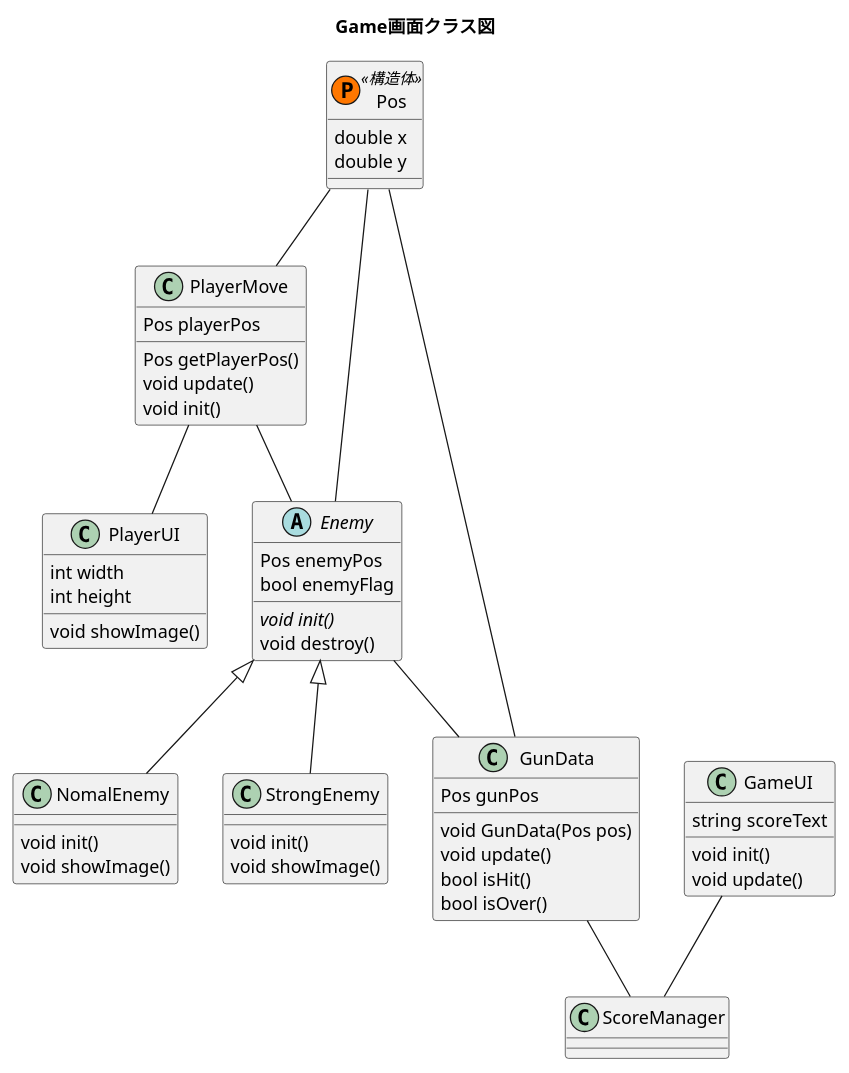
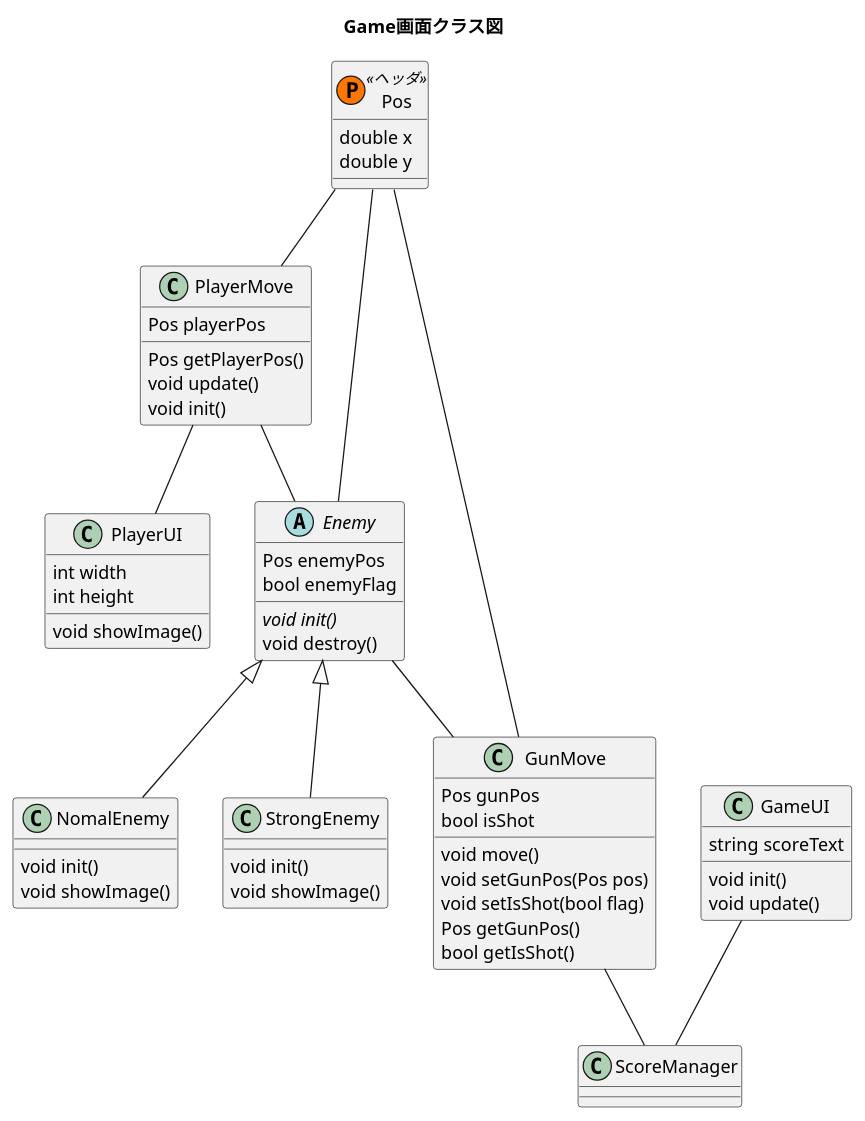
Before and after one commit to kamonohasikamo/ShootingGame: the diagram in Design/GameClass.pu, drawn with PlantUML. The commit also changed 11 other files, not shown here.

```diff
--- a/Design/GameClass.pu
+++ b/Design/GameClass.pu
@@ -1,71 +1,73 @@
 @startuml
 title Game画面クラス図
 
-class Pos << (P,#FF7700) 構造体 >>
+class Pos << (P,#FF7700) ヘッダ >>
 {
 	double x
 	double y
 }
 
 class PlayerMove
 {
 	Pos playerPos
 	Pos getPlayerPos()
 	void update()
 	void init()
 }
 
 class PlayerUI
 {
 	int width
 	int height
 	void showImage()
 }
 
 abstract Enemy
 {
 	Pos enemyPos
 	bool enemyFlag
 	{abstract} void init()
 	void destroy()
 }
 
 class NomalEnemy
 {
 	void init()
 	void showImage()
 }
 
 class StrongEnemy
 {
 	void init()
 	void showImage()
 }
 
-class GunData
+class GunMove
 {
 	Pos gunPos
-	void GunData(Pos pos)
-	void update()
-	bool isHit()
-	bool isOver()
+	bool isShot
+	void move()
+	void setGunPos(Pos pos)
+	void setIsShot(bool flag)
+	Pos getGunPos()
+	bool getIsShot()
 }
 
 class GameUI
 {
 	string scoreText
 	void init()
 	void update()
 }
 
 PlayerMove -- PlayerUI
 Enemy <|-- NomalEnemy
 Enemy <|-- StrongEnemy
-Enemy -- GunData
+Enemy -- GunMove
 PlayerMove -- Enemy
 Pos -- PlayerMove
 Pos -- Enemy
-Pos -- GunData
-GunData -- ScoreManager
+Pos -- GunMove
+GunMove -- ScoreManager
 GameUI -- ScoreManager
 @enduml
```
